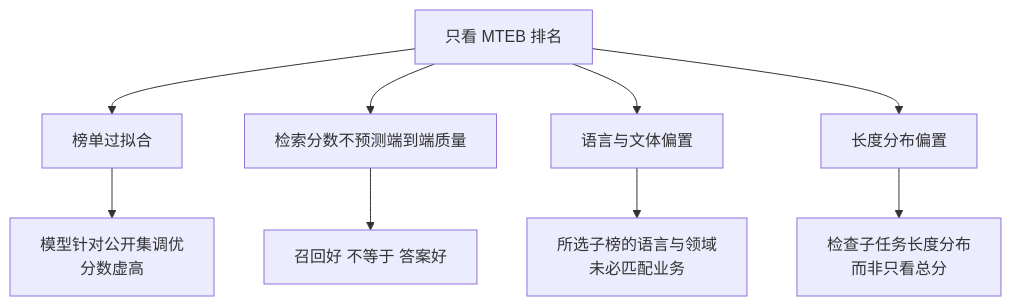
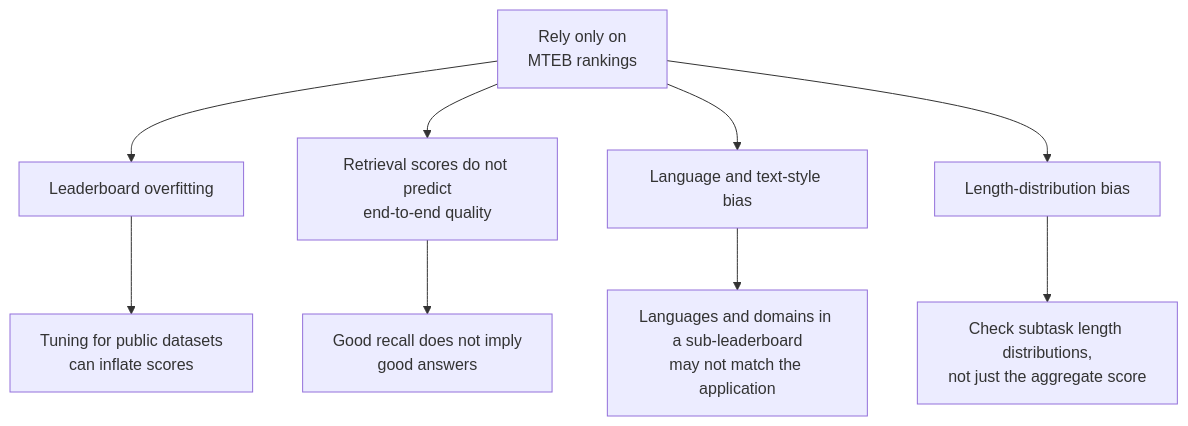
Before and after one commit to oneleaveknowsthefall/awesome-ai-roadmap: the first of 3 diagrams in docs/rag/02-ingestion-indexing/07-embedding-selection.md, drawn with Mermaid. The commit also changed other lines of this file and 60 other files, not shown here.

````diff
--- a/docs/rag/02-ingestion-indexing/07-embedding-selection.md
+++ b/docs/rag/02-ingestion-indexing/07-embedding-selection.md
@@ -19,12 +19,12 @@
 ```mermaid
 flowchart TB
-    M[只看 MTEB 排名] --> P1[榜单过拟合]
-    M --> P2[检索分数不预测端到端质量]
-    M --> P3[语言与文体偏置]
-    M --> P4[长度分布偏置]
+    M[Rely only on<br/>MTEB rankings] --> P1[Leaderboard overfitting]
+    M --> P2[Retrieval scores do not predict<br/>end-to-end quality]
+    M --> P3[Language and text-style bias]
+    M --> P4[Length-distribution bias]
 
-    P1 --> D1[模型针对公开集调优<br/>分数虚高]
-    P2 --> D2[召回好 不等于 答案好]
-    P3 --> D3[所选子榜的语言与领域<br/>未必匹配业务]
-    P4 --> D4[检查子任务长度分布<br/>而非只看总分]
+    P1 --> D1[Tuning for public datasets<br/>can inflate scores]
+    P2 --> D2[Good recall does not imply<br/>good answers]
+    P3 --> D3[Languages and domains in a sub-leaderboard<br/>may not match the application]
+    P4 --> D4[Check subtask length distributions,<br/>not just the aggregate score]
 ```
````
